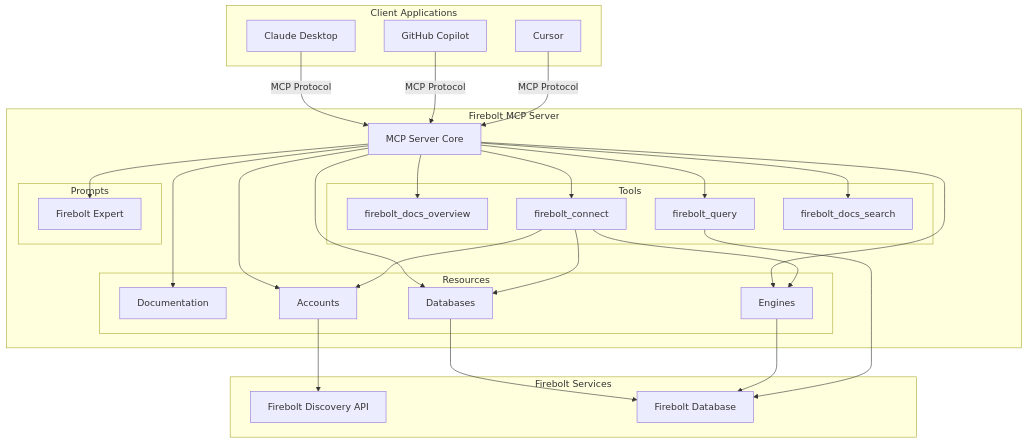
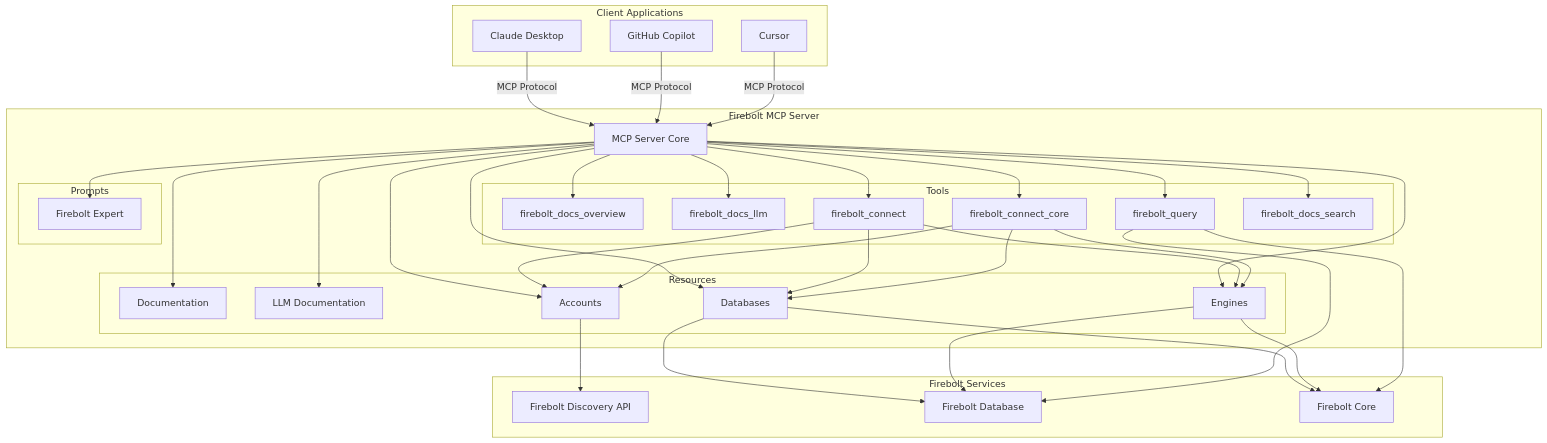
The first of 3 diagrams in docs/overview.md (firebolt-db/mcp-server), drawn with Mermaid before and after one commit. The commit also changed other lines of this file and 29 other files, not shown here.

First line of the commit message:
feat: support Firebolt Core in MCP server (#59)

````diff
--- a/docs/overview.md
+++ b/docs/overview.md
@@ -11,59 +11,73 @@
 ```mermaid
 graph TD
     subgraph "Client Applications"
         Claude["Claude Desktop"]
         Copilot["GitHub Copilot"]
         Cursor["Cursor"]
     end
     
     subgraph "Firebolt MCP Server"
         Server["MCP Server Core"]
         
         subgraph "Tools"
             DocsT["firebolt_docs_overview"]
+            DocsLLMT["firebolt_docs_llm"]
             ConnectT["firebolt_connect"]
+            ConnectCoreT["firebolt_connect_core"]
             QueryT["firebolt_query"]
             SearchT["firebolt_docs_search"]
         end
         
         subgraph "Resources"
             DocsR["Documentation"]
+            LLMDocsR["LLM Documentation"]
             AccountsR["Accounts"]
             DatabasesR["Databases"]
             EnginesR["Engines"]
         end
         
         subgraph "Prompts"
             FireboltExpert["Firebolt Expert"]
         end
     end
     
     subgraph "Firebolt Services"
         DiscoveryAPI["Firebolt Discovery API"]
         FireboltDB["Firebolt Database"]
+        FireboltCore["Firebolt Core"]
     end
     
     Claude --> |MCP Protocol| Server
     Copilot --> |MCP Protocol| Server
     Cursor --> |MCP Protocol| Server
     
     Server --> DocsT
+    Server --> DocsLLMT
     Server --> ConnectT
+    Server --> ConnectCoreT
     Server --> QueryT 
     Server --> SearchT
     Server --> DocsR
+    Server --> LLMDocsR
     Server --> AccountsR
     Server --> DatabasesR
     Server --> EnginesR
     Server --> FireboltExpert
     
     ConnectT --> AccountsR
     ConnectT --> DatabasesR
     ConnectT --> EnginesR
+
+    ConnectCoreT --> AccountsR
+    ConnectCoreT --> DatabasesR
+    ConnectCoreT --> EnginesR
     
     AccountsR --> DiscoveryAPI
     DatabasesR --> FireboltDB
     EnginesR --> FireboltDB
+    DatabasesR --> FireboltCore
+    EnginesR --> FireboltCore
     
     QueryT --> FireboltDB
+    QueryT --> FireboltCore
 ```
````
